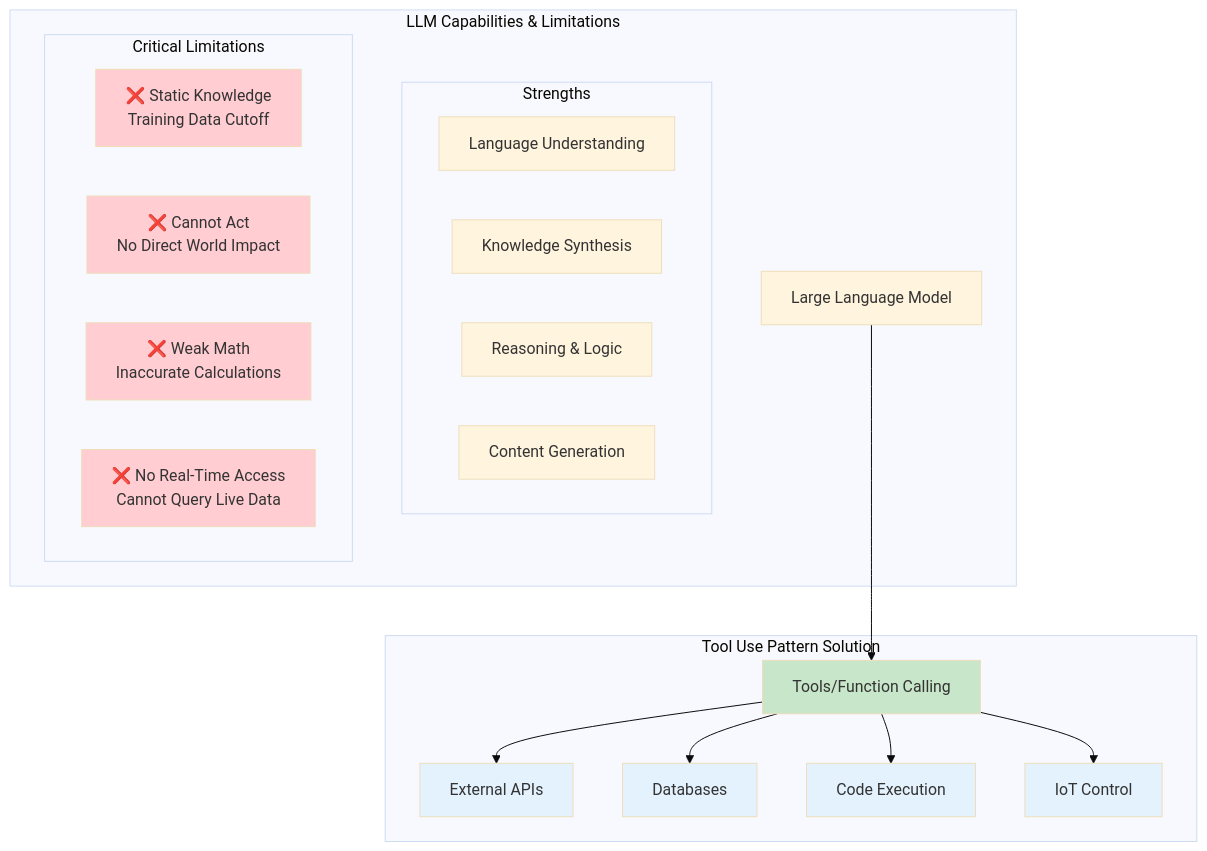
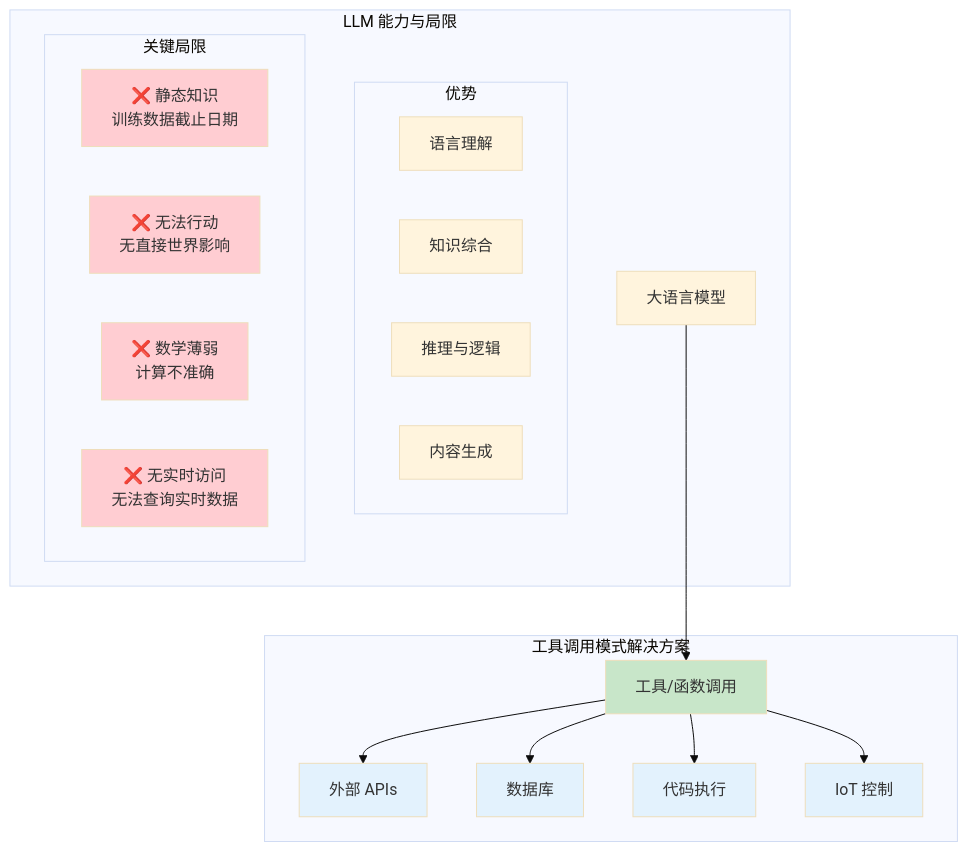
Diagram 18 of 20 in i18n/zh-Hans/docusaurus-plugin-content-docs/current/ai/agents/design-patterns.mdx (YiWang24/AiDIY), drawn with Mermaid (base theme) before and after one commit. The commit also changed other lines of this file and 59 other files, not shown here.

````diff
--- a/i18n/zh-Hans/docusaurus-plugin-content-docs/current/ai/agents/design-patterns.mdx
+++ b/i18n/zh-Hans/docusaurus-plugin-content-docs/current/ai/agents/design-patterns.mdx
@@ -1052,40 +1047,40 @@
 ```mermaid
 flowchart TB
-    subgraph LLM["LLM Capabilities & Limitations"]
-        L[Large Language Model]
+    subgraph LLM["LLM 能力与局限"]
+        L[大语言模型]
 
-        subgraph Strengths["Strengths"]
-            S1[Language Understanding]
-            S2[Knowledge Synthesis]
-            S3[Reasoning & Logic]
-            S4[Content Generation]
+        subgraph Strengths["优势"]
+            S1[语言理解]
+            S2[知识综合]
+            S3[推理与逻辑]
+            S4[内容生成]
         end
 
-        subgraph Weaknesses["Critical Limitations"]
-            W1[❌ Static Knowledge<br/>Training Data Cutoff]
-            W2[❌ Cannot Act<br/>No Direct World Impact]
-            W3[❌ Weak Math<br/>Inaccurate Calculations]
-            W4[❌ No Real-Time Access<br/>Cannot Query Live Data]
+        subgraph Weaknesses["关键局限"]
+            W1[❌ 静态知识<br/>训练数据截止日期]
+            W2[❌ 无法行动<br/>无直接世界影响]
+            W3[❌ 数学薄弱<br/>计算不准确]
+            W4[❌ 无实时访问<br/>无法查询实时数据]
         end
     end
 
-    subgraph Solution["Tool Use Pattern Solution"]
-        T[Tools/Function Calling]
-        T --> E1[External APIs]
-        T --> E2[Databases]
-        T --> E3[Code Execution]
-        T --> E4[IoT Control]
+    subgraph Solution["工具调用模式解决方案"]
+        T[工具/函数调用]
+        T --> E1[外部 APIs]
+        T --> E2[数据库]
+        T --> E3[代码执行]
+        T --> E4[IoT 控制]
     end
 
     L --> T
 
     style W1 fill:#ffcdd2
     style W2 fill:#ffcdd2
     style W3 fill:#ffcdd2
     style W4 fill:#ffcdd2
     style T fill:#c8e6c9
     style E1 fill:#e3f2fd
     style E2 fill:#e3f2fd
     style E3 fill:#e3f2fd
     style E4 fill:#e3f2fd
 ```
````
